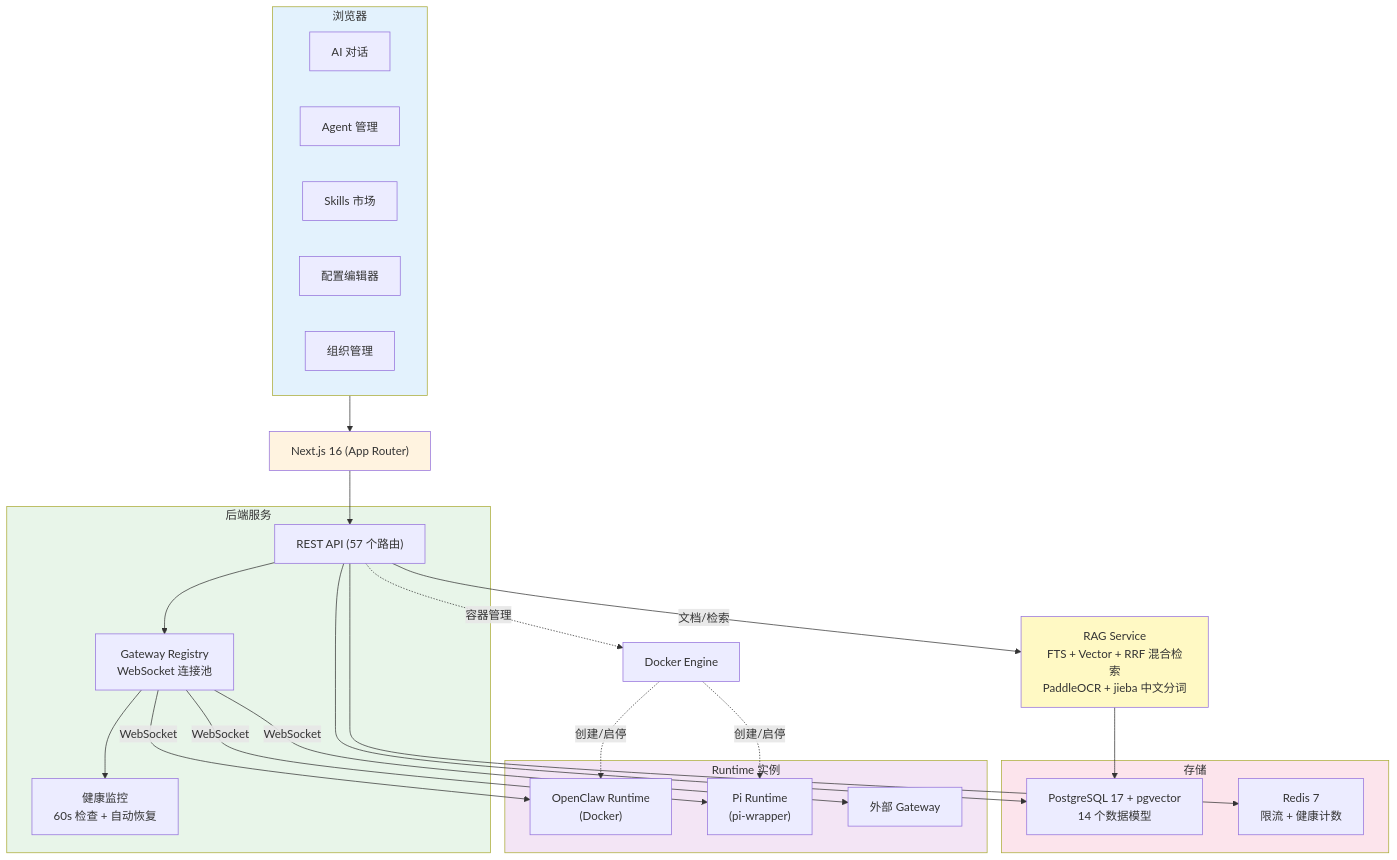
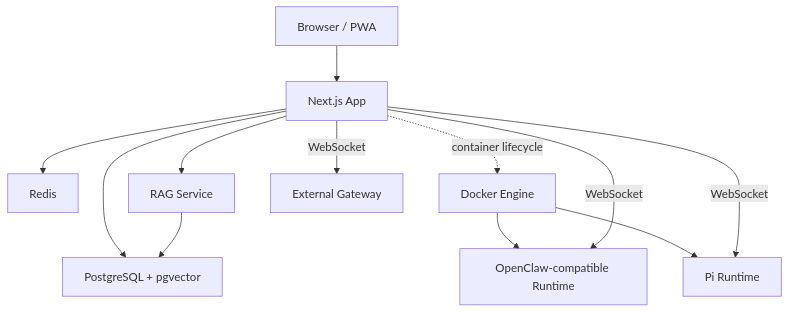
The first of 2 diagrams in README.md (szsip239/teamclaw), drawn with Mermaid before and after one commit. The commit also changed other lines of this file and 3 other files, not shown here.

````diff
--- a/README.md
+++ b/README.md
@@ -392,55 +157,24 @@
 ```mermaid
 graph TB
-    subgraph Client["浏览器"]
-        Chat["AI 对话"]
-        AgentUI["Agent 管理"]
-        SkillUI["Skills 市场"]
-        ConfigUI["配置编辑器"]
-        OrgUI["组织管理"]
-    end
+    Browser["Browser / PWA"]
+    Next["Next.js App"]
+    PG["PostgreSQL + pgvector"]
+    Redis["Redis"]
+    RAG["RAG Service"]
+    Docker["Docker Engine"]
+    OC["OpenClaw-compatible Runtime"]
+    PI["Pi Runtime"]
+    External["External Gateway"]
 
-    NextJS["Next.js 16 (App Router)"]
-
-    subgraph Backend["后端服务"]
-        API["REST API (57 个路由)"]
-        GW["Gateway Registry<br/>WebSocket 连接池"]
-        Health["健康监控<br/>60s 检查 + 自动恢复"]
-    end
-
-    subgraph Storage["存储"]
-        PG["PostgreSQL 17 + pgvector<br/>14 个数据模型"]
-        RD["Redis 7<br/>限流 + 健康计数"]
-    end
-
-    RAG["RAG Service<br/>FTS + Vector + RRF 混合检索<br/>PaddleOCR + jieba 中文分词"]
-
-    subgraph Runtime["Runtime 实例"]
-        OC1["OpenClaw Runtime<br/>(Docker)"]
-        PI1["Pi Runtime<br/>(pi-wrapper)"]
-        OCN["外部 Gateway"]
-    end
-
-    DK["Docker Engine"]
-
-    Client --> NextJS
-    NextJS --> API
-    API --> GW
-    API --> PG
-    API --> RD
-    API -- "文档/检索" --> RAG
+    Browser --> Next
+    Next --> PG
+    Next --> Redis
+    Next --> RAG
     RAG --> PG
-    GW --> Health
-    GW -- "WebSocket" --> OC1
-    GW -- "WebSocket" --> PI1
-    GW -- "WebSocket" --> OCN
-    API -. "容器管理" .-> DK
-    DK -. "创建/启停" .-> OC1
-    DK -. "创建/启停" .-> PI1
-
-    style Client fill:#e3f2fd
-    style NextJS fill:#fff3e0
-    style Backend fill:#e8f5e9
-    style Storage fill:#fce4ec
-    style RAG fill:#fff9c4
-    style Runtime fill:#f3e5f5
+    Next -. container lifecycle .-> Docker
+    Docker --> OC
+    Docker --> PI
+    Next -- WebSocket --> OC
+    Next -- WebSocket --> PI
+    Next -- WebSocket --> External
 ```
````
